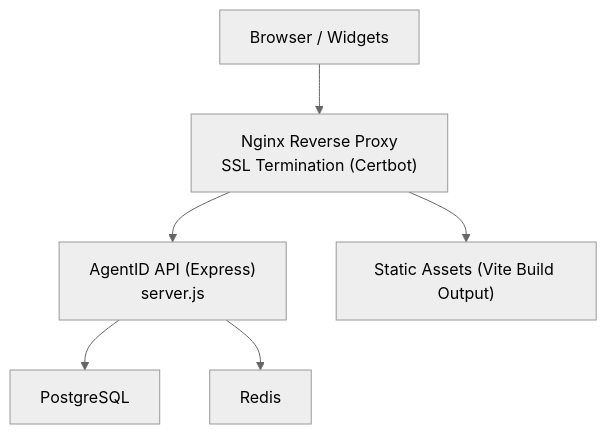
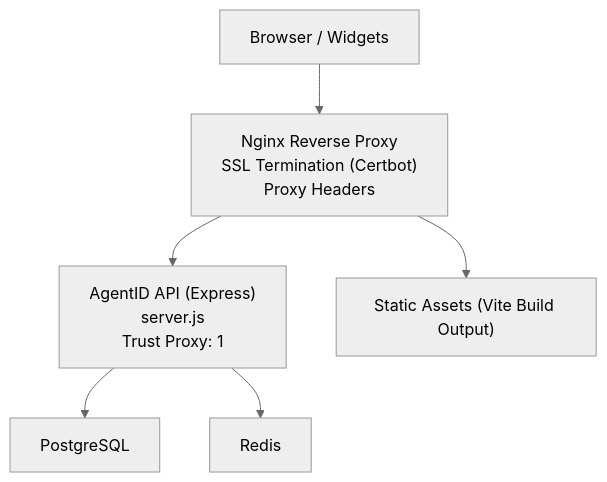
One commit to RunTimeAdmin/AgentID changed the second of 6 diagrams in .qoder/repowiki/en/content/Build & Deployment/Build & Deployment.md. Above: the diagram before and after it, drawn with Mermaid (neutral theme). The commit also changed other lines of this file and 31 other files, not shown here.

````diff
--- a/.qoder/repowiki/en/content/Build & Deployment/Build & Deployment.md
+++ b/.qoder/repowiki/en/content/Build & Deployment/Build & Deployment.md
@@ -107,13 +121,13 @@
 ```mermaid
 graph TB
 Client["Browser / Widgets"]
-Nginx["Nginx Reverse Proxy<br/>SSL Termination (Certbot)"]
-API["AgentID API (Express)<br/>server.js"]
+Nginx["Nginx Reverse Proxy<br/>SSL Termination (Certbot)<br/>Proxy Headers"]
+API["AgentID API (Express)<br/>server.js<br/>Trust Proxy: 1"]
 DB["PostgreSQL"]
 Redis["Redis"]
 Client --> Nginx
 Nginx --> API
 API --> DB
 API --> Redis
 Nginx --> Static["Static Assets (Vite Build Output)"]
 ```
````
